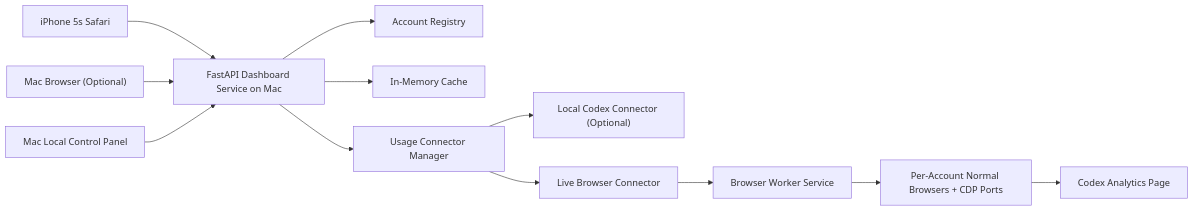
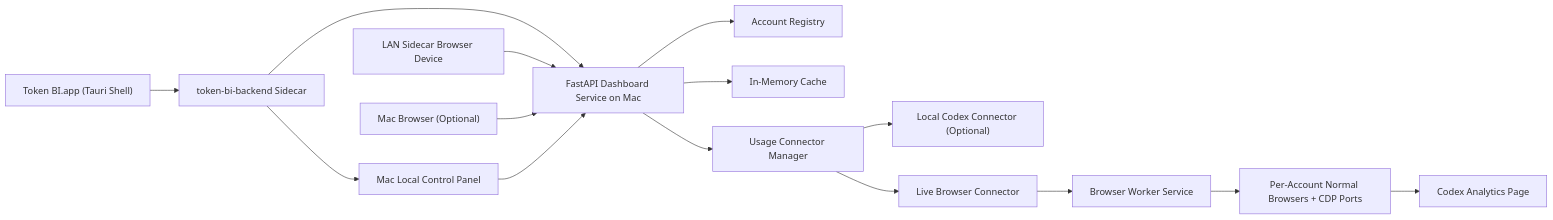
The first of 3 diagrams in TECH_ARCHITECTURE.md (gbs00/Token_BI), drawn with Mermaid before and after one commit. The commit also changed other lines of this file and 4 other files, not shown here.

Commit message:
docs: document token bi app distribution model

````diff
--- a/TECH_ARCHITECTURE.md
+++ b/TECH_ARCHITECTURE.md
@@ -75,14 +81,17 @@
 ```mermaid
 flowchart LR
-    A["iPhone 5s Safari"] --> B["FastAPI Dashboard Service on Mac"]
+    T["Token BI.app (Tauri Shell)"] --> S["token-bi-backend Sidecar"]
+    S --> L["Mac Local Control Panel"]
+    S --> B["FastAPI Dashboard Service on Mac"]
+    A["LAN Sidecar Browser Device"] --> B["FastAPI Dashboard Service on Mac"]
     C["Mac Browser (Optional)"] --> B
     L["Mac Local Control Panel"] --> B
     B --> D["Account Registry"]
     B --> E["In-Memory Cache"]
     B --> F["Usage Connector Manager"]
     F --> G["Local Codex Connector (Optional)"]
     F --> H["Live Browser Connector"]
     H --> I["Browser Worker Service"]
     I --> J["Per-Account Normal Browsers + CDP Ports"]
     J --> K["Codex Analytics Page"]
 ```
````
